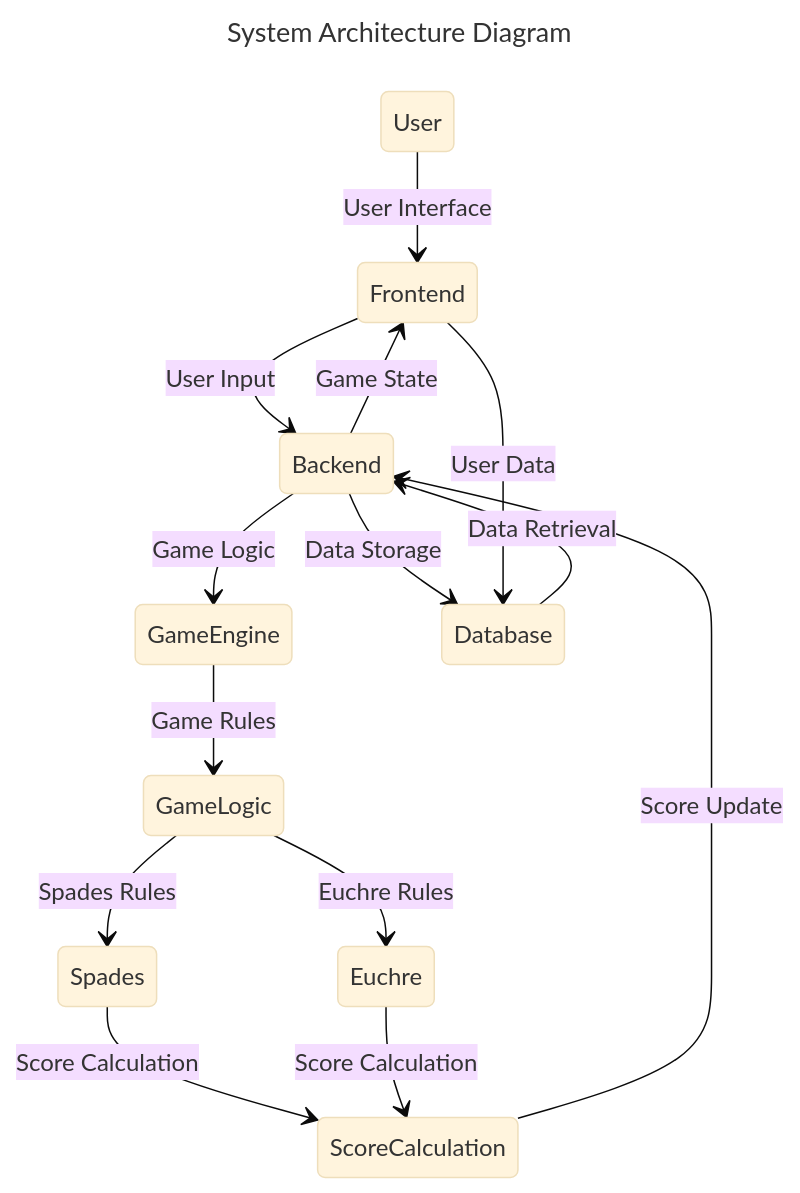
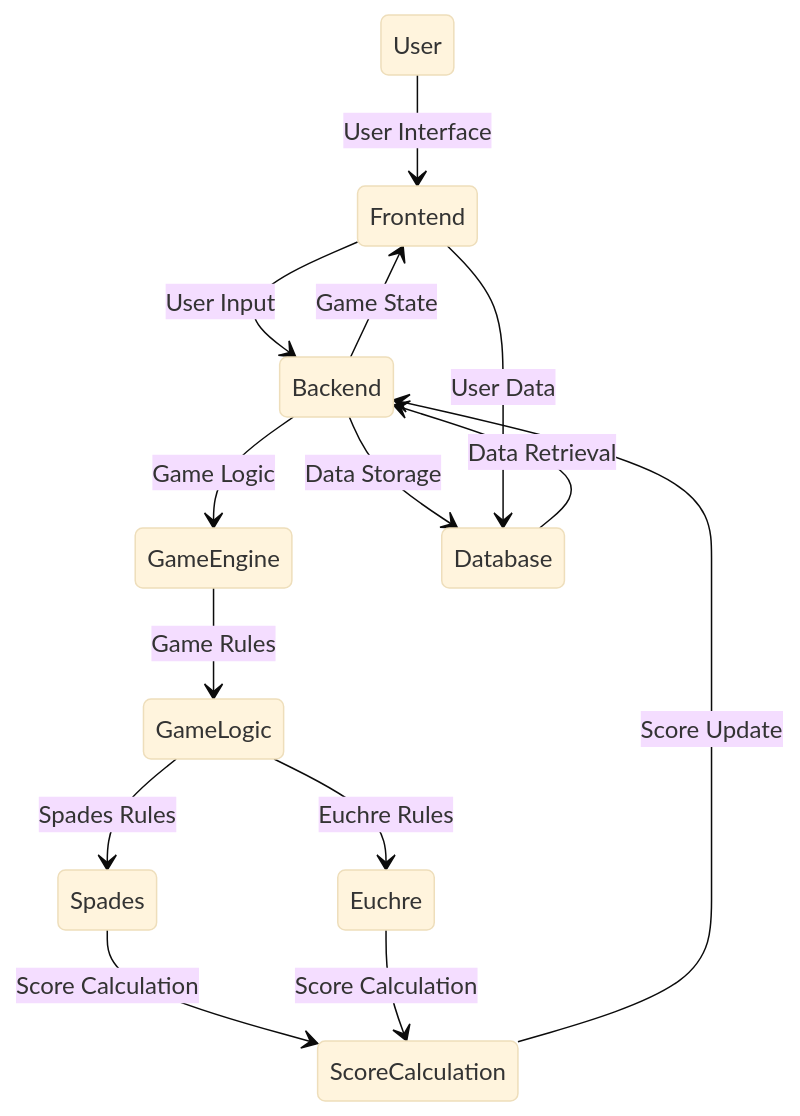
One commit to NellyBoi18/Deckd-Out changed the sixth of 6 diagrams in README.md. Above: the diagram before and after it, drawn with Mermaid (base theme).

Commit message:
clarified readme

````diff
--- a/README.md
+++ b/README.md
@@ -498,20 +498,17 @@
 ```mermaid
----
-title: System Architecture Diagram
----
 stateDiagram
     User --> Frontend: User Interface
     Frontend --> Backend: User Input
     Backend --> Frontend: Game State
     Backend --> GameEngine: Game Logic
     GameEngine --> GameLogic: Game Rules
     GameLogic --> Spades: Spades Rules
     GameLogic --> Euchre: Euchre Rules
     Spades --> ScoreCalculation: Score Calculation
     Euchre --> ScoreCalculation: Score Calculation
     ScoreCalculation --> Backend: Score Update
     Backend --> Database: Data Storage
     Database --> Backend: Data Retrieval
     Frontend --> Database: User Data
     
 ```
````
